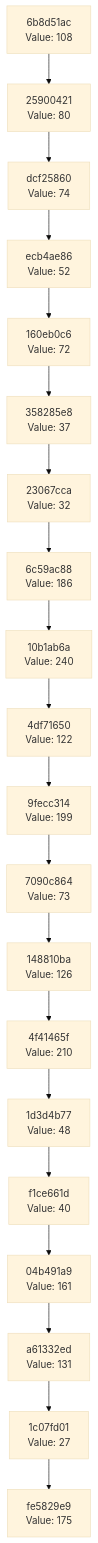
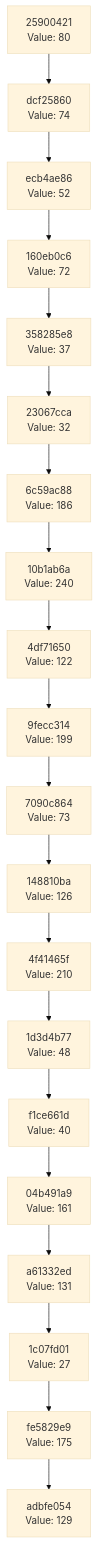
Before and after one commit to Abhisheksinha1506/hash-chain-evolver: the diagram in docs/CHAIN_VISUALIZATION.md, drawn with Mermaid (base theme). The commit also changed 2 other files, not shown here.

Commit message:
Evolution Step

````diff
--- a/docs/CHAIN_VISUALIZATION.md
+++ b/docs/CHAIN_VISUALIZATION.md
@@ -3,42 +3,42 @@
 ```mermaid
 graph TD
-    C0["fe5829e9<br/>Value: 175"]
-    C1["1c07fd01<br/>Value: 27"]
+    C0["adbfe054<br/>Value: 129"]
+    C1["fe5829e9<br/>Value: 175"]
     C1 --> C0
-    C2["a61332ed<br/>Value: 131"]
+    C2["1c07fd01<br/>Value: 27"]
     C2 --> C1
-    C3["04b491a9<br/>Value: 161"]
+    C3["a61332ed<br/>Value: 131"]
     C3 --> C2
-    C4["f1ce661d<br/>Value: 40"]
+    C4["04b491a9<br/>Value: 161"]
     C4 --> C3
-    C5["1d3d4b77<br/>Value: 48"]
+    C5["f1ce661d<br/>Value: 40"]
     C5 --> C4
-    C6["4f41465f<br/>Value: 210"]
+    C6["1d3d4b77<br/>Value: 48"]
     C6 --> C5
-    C7["148810ba<br/>Value: 126"]
+    C7["4f41465f<br/>Value: 210"]
     C7 --> C6
-    C8["7090c864<br/>Value: 73"]
+    C8["148810ba<br/>Value: 126"]
     C8 --> C7
-    C9["9fecc314<br/>Value: 199"]
+    C9["7090c864<br/>Value: 73"]
     C9 --> C8
-    C10["4df71650<br/>Value: 122"]
+    C10["9fecc314<br/>Value: 199"]
     C10 --> C9
-    C11["10b1ab6a<br/>Value: 240"]
+    C11["4df71650<br/>Value: 122"]
     C11 --> C10
-    C12["6c59ac88<br/>Value: 186"]
+    C12["10b1ab6a<br/>Value: 240"]
     C12 --> C11
-    C13["23067cca<br/>Value: 32"]
+    C13["6c59ac88<br/>Value: 186"]
     C13 --> C12
-    C14["358285e8<br/>Value: 37"]
+    C14["23067cca<br/>Value: 32"]
     C14 --> C13
-    C15["160eb0c6<br/>Value: 72"]
+    C15["358285e8<br/>Value: 37"]
     C15 --> C14
-    C16["ecb4ae86<br/>Value: 52"]
+    C16["160eb0c6<br/>Value: 72"]
     C16 --> C15
-    C17["dcf25860<br/>Value: 74"]
+    C17["ecb4ae86<br/>Value: 52"]
     C17 --> C16
-    C18["25900421<br/>Value: 80"]
+    C18["dcf25860<br/>Value: 74"]
     C18 --> C17
-    C19["6b8d51ac<br/>Value: 108"]
+    C19["25900421<br/>Value: 80"]
     C19 --> C18
 ```
````
